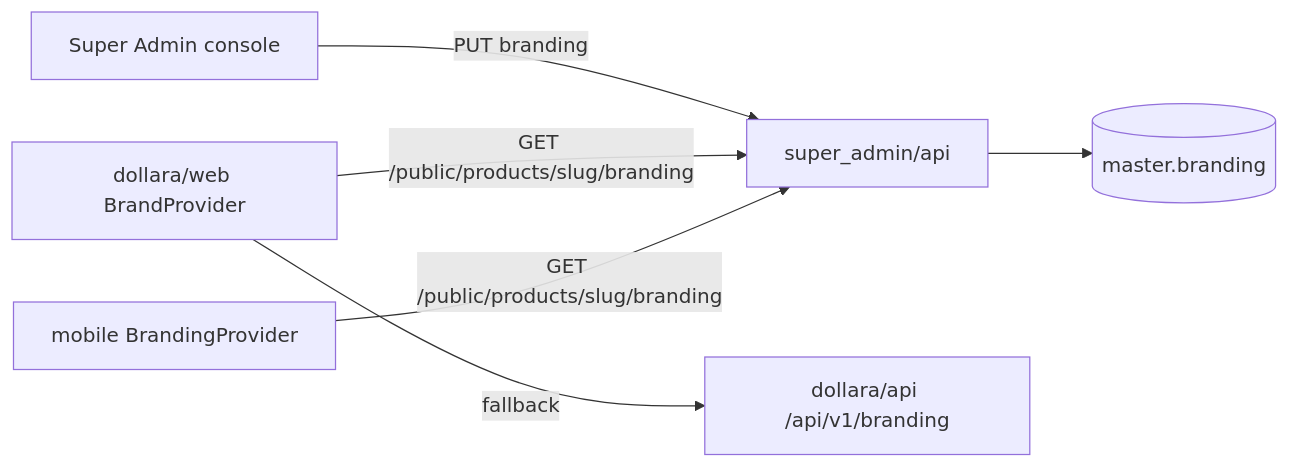
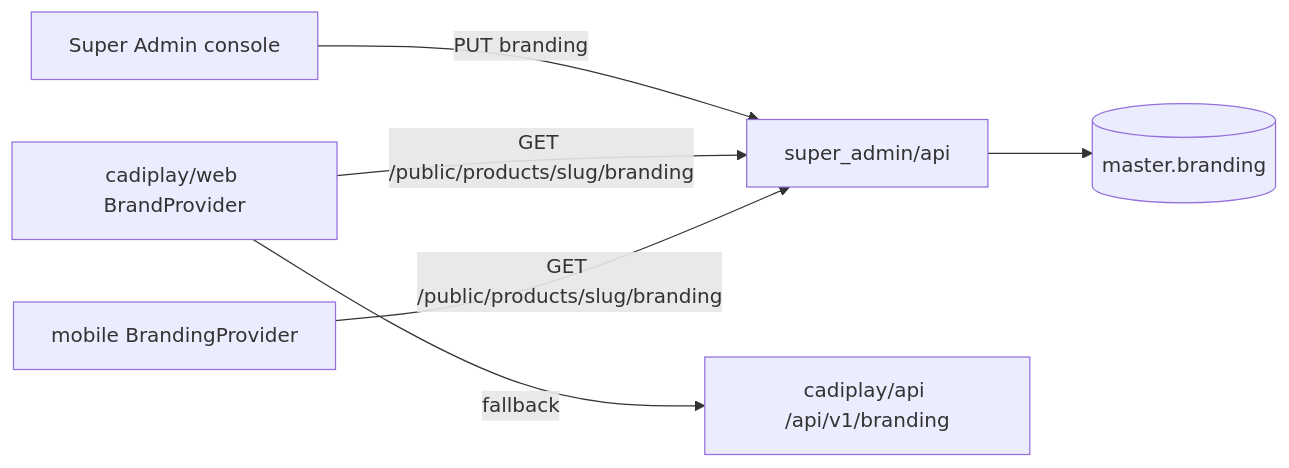
Before and after one commit to Aceplayswin/cadiplay: the seventh of 18 diagrams in README.md, drawn with Mermaid. The commit also changed other lines of this file and 509 other files, not shown here.

````diff
--- a/README.md
+++ b/README.md
@@ -525,8 +525,8 @@
 ```mermaid
 graph LR
   SA[Super Admin console] -->|PUT branding| SAA[super_admin/api]
   SAA --> M[(master.branding)]
-  FE[dollara/web BrandProvider] -->|GET /public/products/slug/branding| SAA
+  FE[cadiplay/web BrandProvider] -->|GET /public/products/slug/branding| SAA
   MO[mobile BrandingProvider] -->|GET /public/products/slug/branding| SAA
-  FE -->|fallback| DA[dollara/api /api/v1/branding]
+  FE -->|fallback| DA[cadiplay/api /api/v1/branding]
 ```
````
